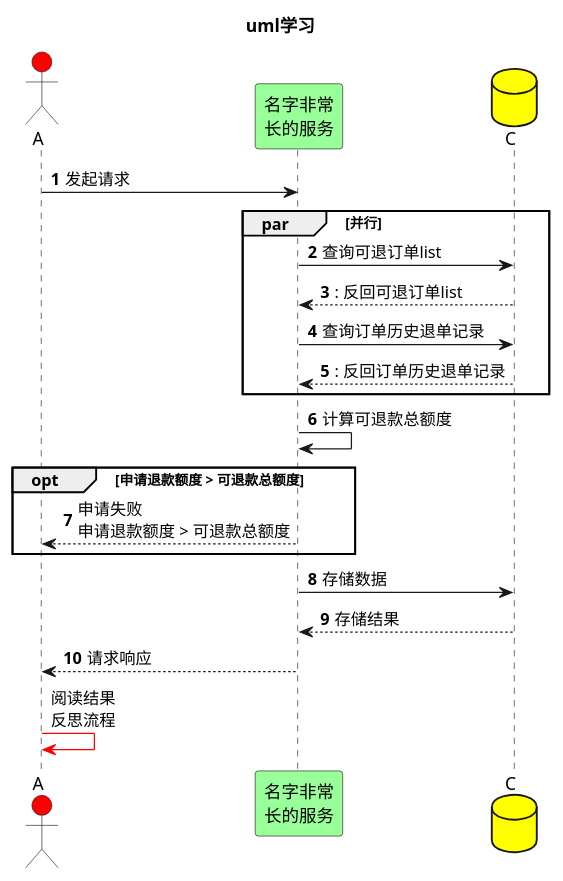
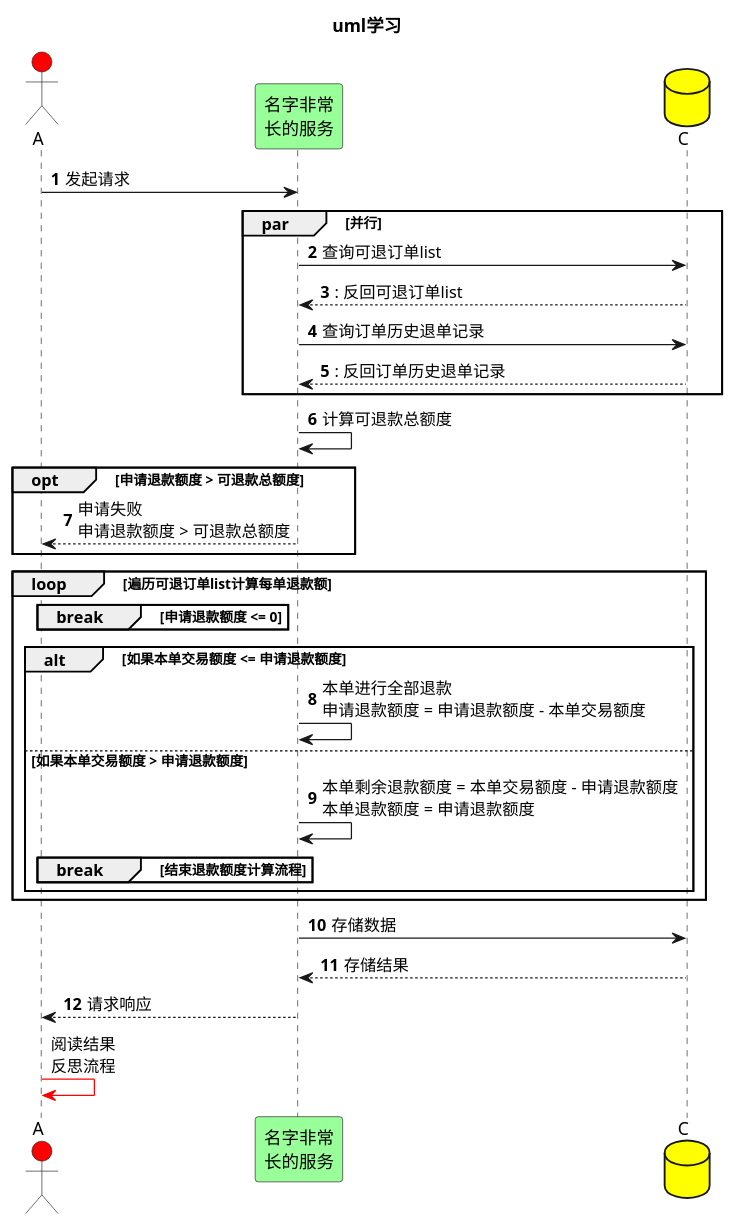
Before and after one commit to dictionaryshi/wxjj: the diagram in diagram/Demo.puml, drawn with PlantUML.

Commit message:
Demo.puml

```diff
--- a/diagram/Demo.puml
+++ b/diagram/Demo.puml
@@ -1,33 +1,46 @@
 @startuml
 'uml学习'
 
 title uml学习
 
 actor A #red
 participant B as "名字非常\n长的服务" #99FF99
 database C #yellow
 
 autonumber 1
 A -> B: 发起请求
 
 par 并行
 B -> C: 查询可退订单list
 return: 反回可退订单list
 B -> C: 查询订单历史退单记录
 return: 反回订单历史退单记录
 end
 
 B -> B: 计算可退款总额度
 opt 申请退款额度 > 可退款总额度
 B --> A: 申请失败\n申请退款额度 > 可退款总额度
 end
 
+loop 遍历可退订单list计算每单退款额
+break 申请退款额度 <= 0
+end
+
+alt 如果本单交易额度 <= 申请退款额度
+B -> B: 本单进行全部退款\n申请退款额度 = 申请退款额度 - 本单交易额度
+else 如果本单交易额度 > 申请退款额度
+B -> B: 本单剩余退款额度 = 本单交易额度 - 申请退款额度\n本单退款额度 = 申请退款额度
+break 结束退款额度计算流程
+end
+end
+end
+
 B -> C: 存储数据
 return 存储结果
 
 B --> A: 请求响应
 autonumber stop
 
 A -[#red]> A: 阅读结果\n反思流程
 
 @enduml
```
